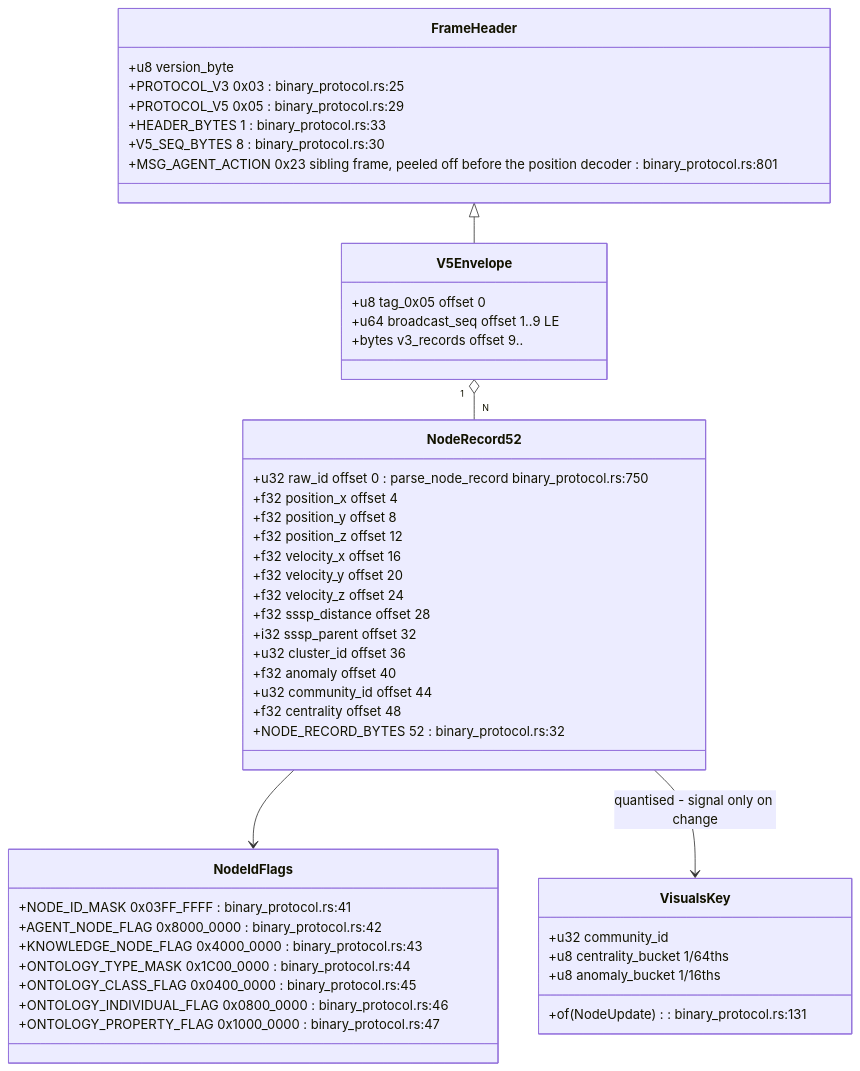
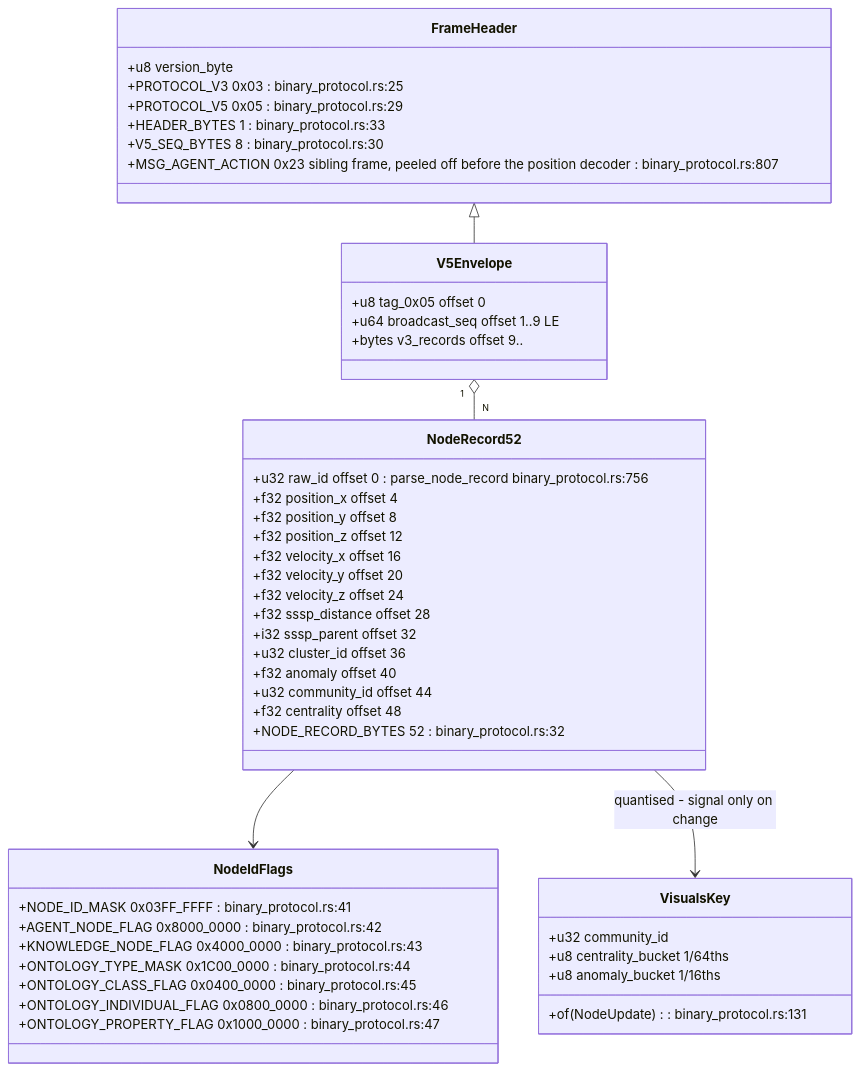
The fifth of 27 diagrams in docs/diagrams/visionclaw/36-godot-xr-client.md (DreamLab-AI/VisionFlow), drawn with Mermaid before and after one commit. The commit also changed other lines of this file and 160 other files, not shown here.

````diff
--- a/docs/diagrams/visionclaw/36-godot-xr-client.md
+++ b/docs/diagrams/visionclaw/36-godot-xr-client.md
@@ -275,51 +275,51 @@
 ```mermaid
 classDiagram
     class FrameHeader {
         +u8 version_byte
         +PROTOCOL_V3 0x03 : binary_protocol.rs:25
         +PROTOCOL_V5 0x05 : binary_protocol.rs:29
         +HEADER_BYTES 1 : binary_protocol.rs:33
         +V5_SEQ_BYTES 8 : binary_protocol.rs:30
-        +MSG_AGENT_ACTION 0x23 sibling frame, peeled off before the position decoder : binary_protocol.rs:801
+        +MSG_AGENT_ACTION 0x23 sibling frame, peeled off before the position decoder : binary_protocol.rs:807
     }
     class V5Envelope {
         +u8 tag_0x05 offset 0
         +u64 broadcast_seq offset 1..9 LE
         +bytes v3_records offset 9..
     }
     class NodeRecord52 {
-        +u32 raw_id offset 0 : parse_node_record binary_protocol.rs:750
+        +u32 raw_id offset 0 : parse_node_record binary_protocol.rs:756
         +f32 position_x offset 4
         +f32 position_y offset 8
         +f32 position_z offset 12
         +f32 velocity_x offset 16
         +f32 velocity_y offset 20
         +f32 velocity_z offset 24
         +f32 sssp_distance offset 28
         +i32 sssp_parent offset 32
         +u32 cluster_id offset 36
         +f32 anomaly offset 40
         +u32 community_id offset 44
         +f32 centrality offset 48
         +NODE_RECORD_BYTES 52 : binary_protocol.rs:32
     }
     class NodeIdFlags {
         +NODE_ID_MASK 0x03FF_FFFF : binary_protocol.rs:41
         +AGENT_NODE_FLAG 0x8000_0000 : binary_protocol.rs:42
         +KNOWLEDGE_NODE_FLAG 0x4000_0000 : binary_protocol.rs:43
         +ONTOLOGY_TYPE_MASK 0x1C00_0000 : binary_protocol.rs:44
         +ONTOLOGY_CLASS_FLAG 0x0400_0000 : binary_protocol.rs:45
         +ONTOLOGY_INDIVIDUAL_FLAG 0x0800_0000 : binary_protocol.rs:46
         +ONTOLOGY_PROPERTY_FLAG 0x1000_0000 : binary_protocol.rs:47
     }
     class VisualsKey {
         +u32 community_id
         +u8 centrality_bucket 1/64ths
         +u8 anomaly_bucket 1/16ths
         +of(NodeUpdate) : binary_protocol.rs:131
     }
     V5Envelope "1" o-- "N" NodeRecord52
     NodeRecord52 --> NodeIdFlags
     NodeRecord52 --> VisualsKey : quantised - signal only on change
     FrameHeader <|-- V5Envelope
 ```
````
